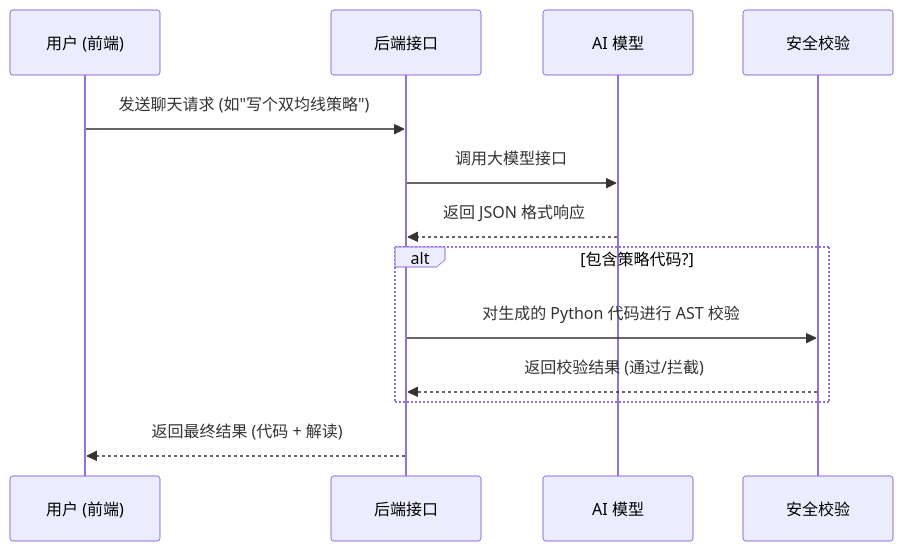
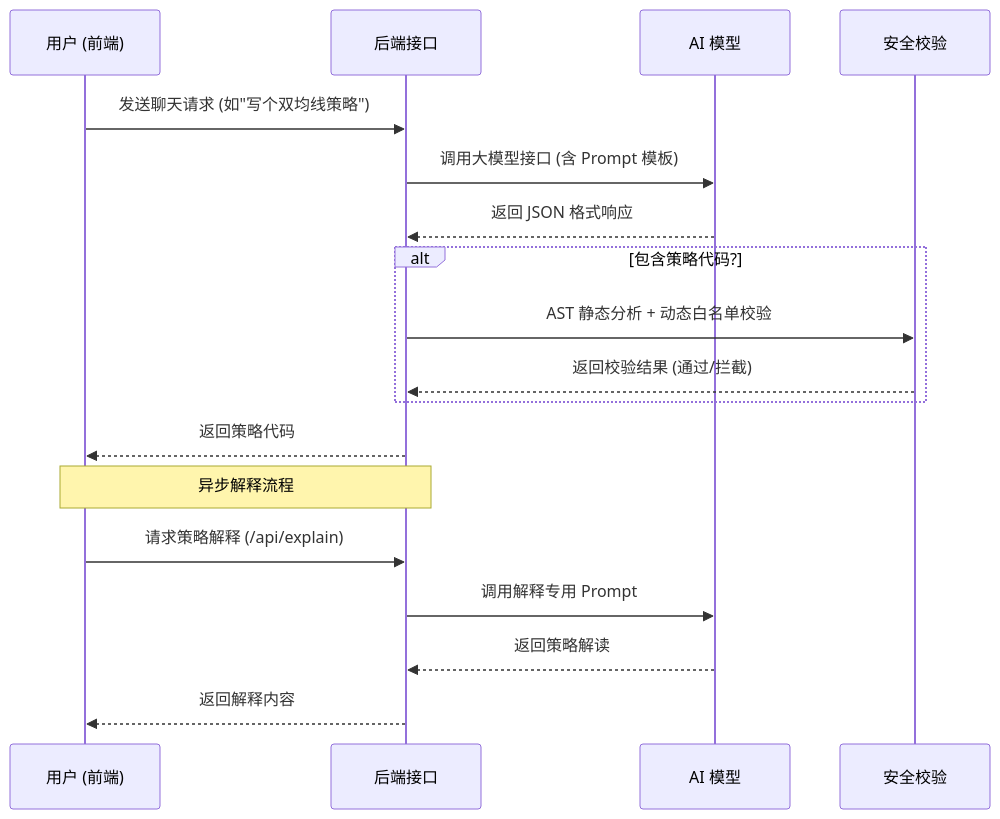
Before and after one commit to ivecoGolden/PyQuantAlpha: the second of 5 diagrams in docs/ARCHITECTURE_DIAGRAM.md, drawn with Mermaid. The commit also changed other lines of this file and 24 other files, not shown here.

````diff
--- a/docs/ARCHITECTURE_DIAGRAM.md
+++ b/docs/ARCHITECTURE_DIAGRAM.md
@@ -97,18 +142,24 @@
 ```mermaid
 sequenceDiagram
     participant User as 用户 (前端)
     participant API as 后端接口
     participant LLM as AI 模型
     participant Val as 安全校验
 
     User->>API: 发送聊天请求 (如"写个双均线策略")
-    API->>LLM: 调用大模型接口
+    API->>LLM: 调用大模型接口 (含 Prompt 模板)
     LLM-->>API: 返回 JSON 格式响应
     
     alt 包含策略代码?
-        API->>Val: 对生成的 Python 代码进行 AST 校验
+        API->>Val: AST 静态分析 + 动态白名单校验
         Val-->>API: 返回校验结果 (通过/拦截)
     end
 
-    API-->>User: 返回最终结果 (代码 + 解读)
+    API-->>User: 返回策略代码
+    
+    Note over User,API: 异步解释流程
+    User->>API: 请求策略解释 (/api/explain)
+    API->>LLM: 调用解释专用 Prompt
+    LLM-->>API: 返回策略解读
+    API-->>User: 返回解释内容
 ```
````
